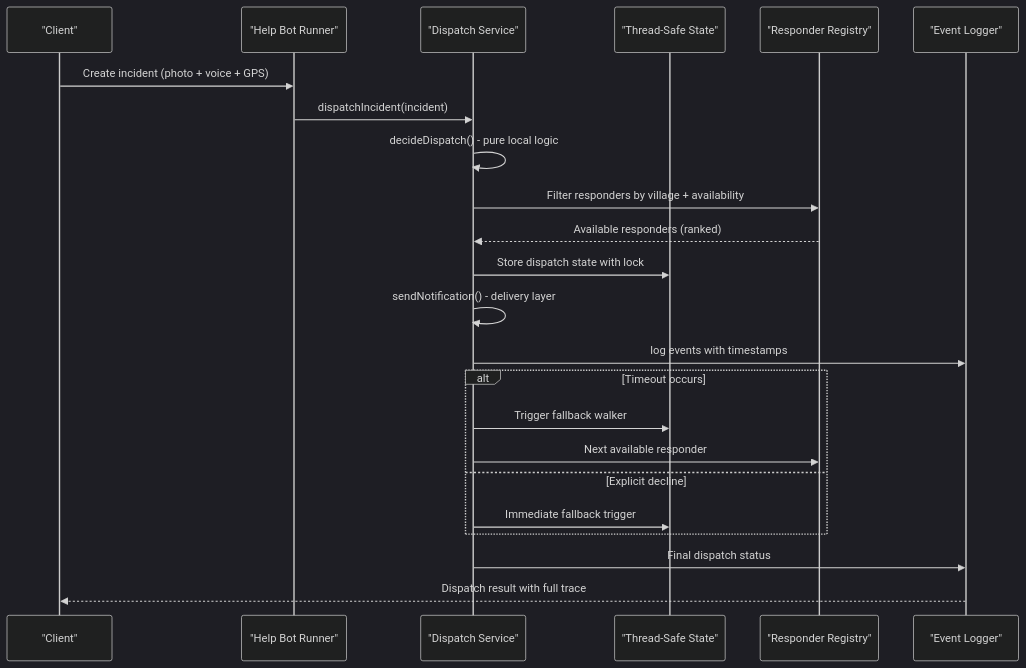
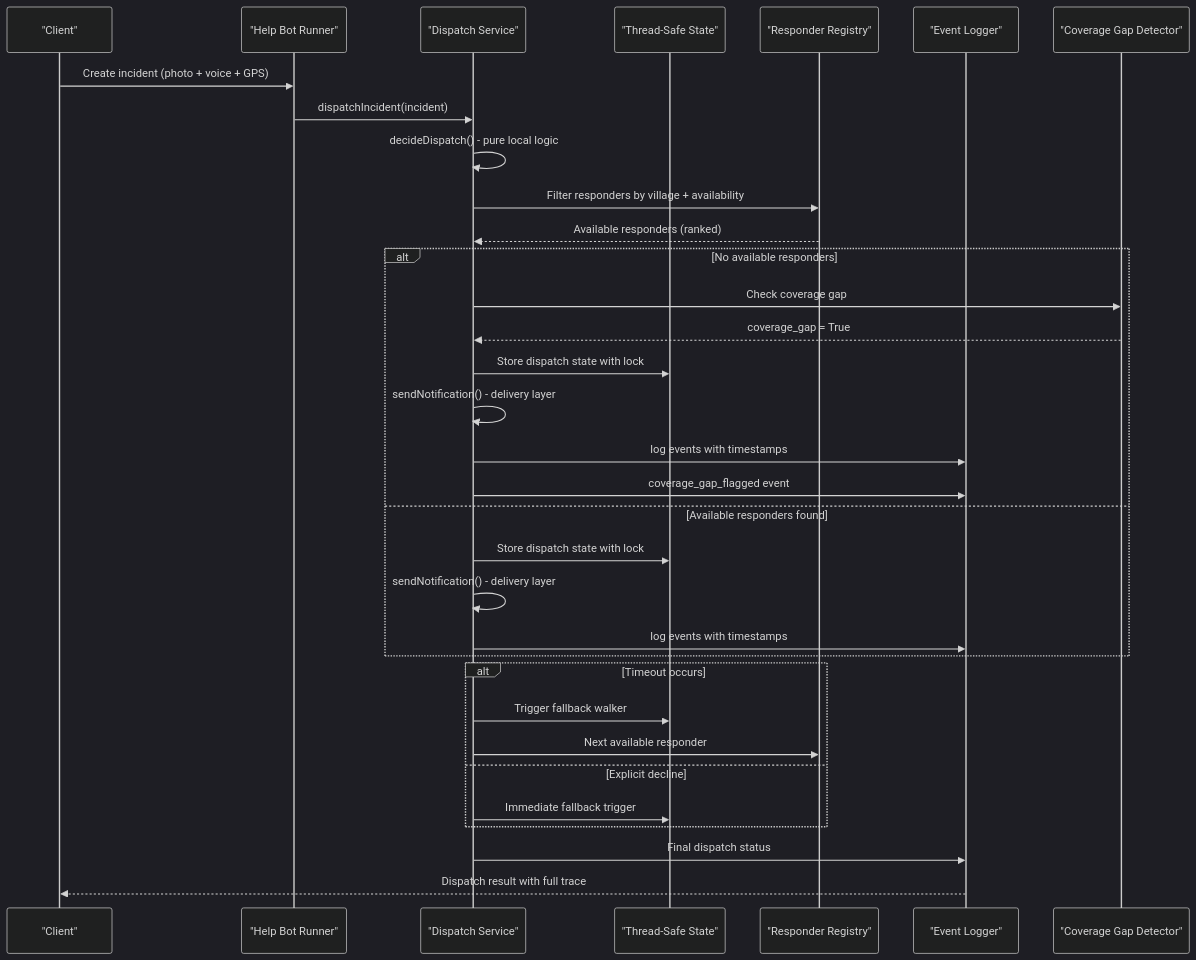
Before and after one commit to M-Rumman/LifeLine-Ride: the second of 9 diagrams in .qoder/repowiki/en/content/Matching & Dispatch Engine.md, drawn with Mermaid (dark theme). The commit also changed other lines of this file and 4121 other files, not shown here.

````diff
--- a/.qoder/repowiki/en/content/Matching & Dispatch Engine.md
+++ b/.qoder/repowiki/en/content/Matching & Dispatch Engine.md
@@ -113,25 +126,35 @@
 ```mermaid
 sequenceDiagram
 participant Client as "Client"
 participant Helper as "Help Bot Runner"
 participant Service as "Dispatch Service"
 participant State as "Thread-Safe State"
 participant Registry as "Responder Registry"
 participant Logger as "Event Logger"
+participant Coverage as "Coverage Gap Detector"
 Client->>Helper : Create incident (photo + voice + GPS)
 Helper->>Service : dispatchIncident(incident)
 Service->>Service : decideDispatch() - pure local logic
 Service->>Registry : Filter responders by village + availability
 Registry-->>Service : Available responders (ranked)
+alt No available responders
+Service->>Coverage : Check coverage gap
+Coverage-->>Service : coverage_gap = True
 Service->>State : Store dispatch state with lock
 Service->>Service : sendNotification() - delivery layer
 Service->>Logger : log events with timestamps
+Service->>Logger : coverage_gap_flagged event
+else Available responders found
+Service->>State : Store dispatch state with lock
+Service->>Service : sendNotification() - delivery layer
+Service->>Logger : log events with timestamps
+end
 alt Timeout occurs
 Service->>State : Trigger fallback walker
 Service->>Registry : Next available responder
 else Explicit decline
 Service->>State : Immediate fallback trigger
 end
 Service->>Logger : Final dispatch status
 Logger-->>Client : Dispatch result with full trace
 ```
````
